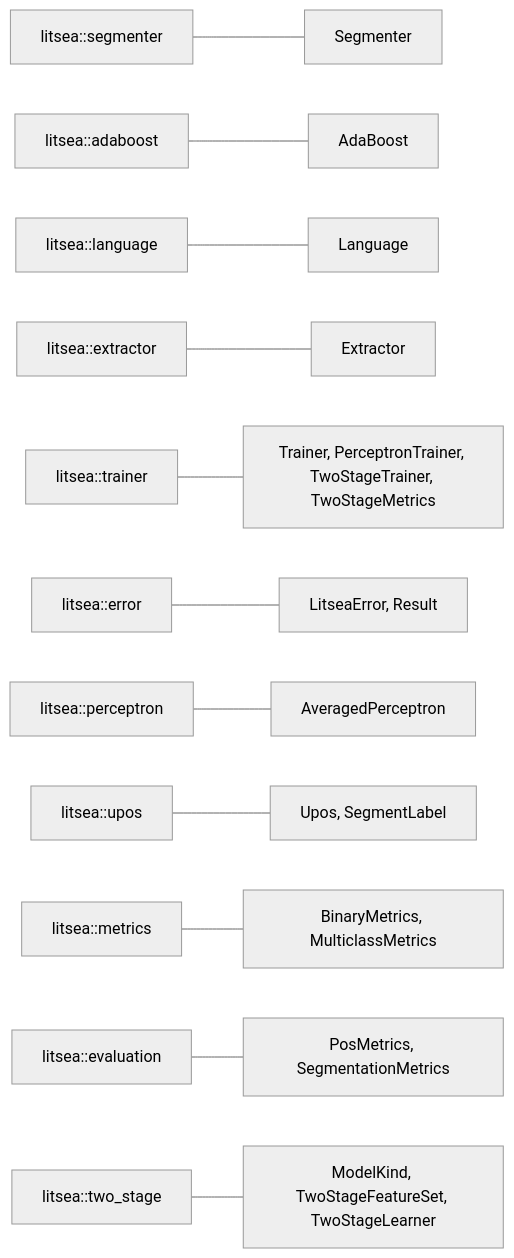
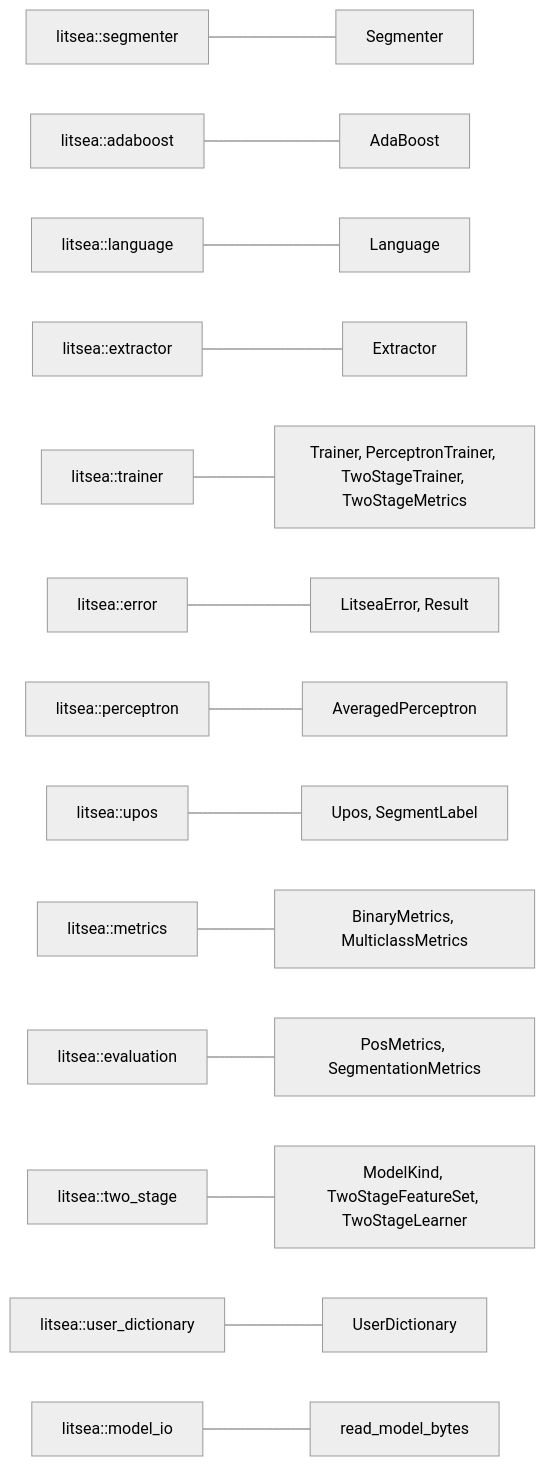
Before and after one commit to mosuka/litsea: the diagram in docs/ja/src/litsea.md, drawn with Mermaid (neutral theme). The commit also changed other lines of this file and 85 other files, not shown here.

````diff
--- a/docs/ja/src/litsea.md
+++ b/docs/ja/src/litsea.md
@@ -16,14 +23,16 @@
 ```mermaid
 graph LR
     A["litsea::segmenter"] --- B["Segmenter"]
     C["litsea::adaboost"] --- D["AdaBoost"]
     E["litsea::language"] --- F["Language"]
     G["litsea::extractor"] --- H["Extractor"]
     I["litsea::trainer"] --- J["Trainer, PerceptronTrainer, TwoStageTrainer, TwoStageMetrics"]
     K["litsea::error"] --- L["LitseaError, Result"]
     M["litsea::perceptron"] --- N["AveragedPerceptron"]
     O["litsea::upos"] --- P["Upos, SegmentLabel"]
     Q["litsea::metrics"] --- R["BinaryMetrics, MulticlassMetrics"]
     S["litsea::evaluation"] --- T["PosMetrics, SegmentationMetrics"]
     U["litsea::two_stage"] --- V["ModelKind, TwoStageFeatureSet, TwoStageLearner"]
+    W["litsea::user_dictionary"] --- X["UserDictionary"]
+    Y["litsea::model_io"] --- Z["read_model_bytes"]
 ```
````
